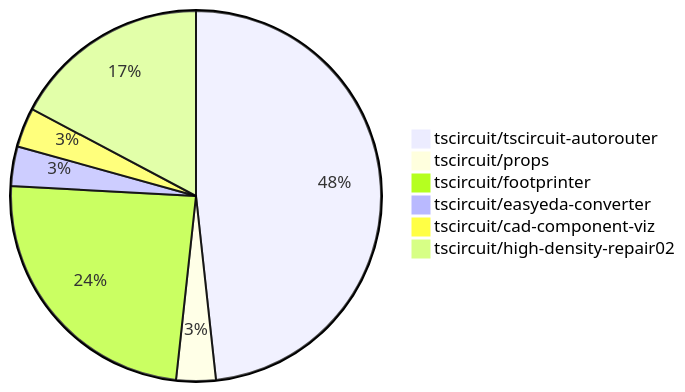
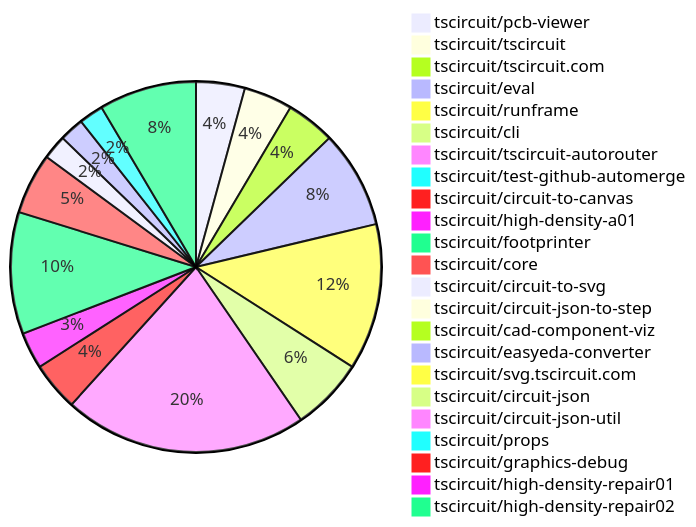
Before and after one commit to AnasSarkiz/contribution-tracker: the diagram in contribution-overviews/2026-04-07.md, drawn with Mermaid. The commit also changed other lines of this file and 3 other files, not shown here.

````diff
--- a/contribution-overviews/2026-04-07.md
+++ b/contribution-overviews/2026-04-07.md
@@ -12,9 +12,26 @@
 ```mermaid
 pie
-    "tscircuit/tscircuit-autorouter" : 14
-    "tscircuit/props" : 1
-    "tscircuit/footprinter" : 7
-    "tscircuit/easyeda-converter" : 1
+    "tscircuit/pcb-viewer" : 4
+    "tscircuit/tscircuit" : 4
+    "tscircuit/tscircuit.com" : 4
+    "tscircuit/eval" : 8
+    "tscircuit/runframe" : 12
+    "tscircuit/cli" : 6
+    "tscircuit/tscircuit-autorouter" : 20
+    "tscircuit/test-github-automerge" : 1
+    "tscircuit/circuit-to-canvas" : 4
+    "tscircuit/high-density-a01" : 3
+    "tscircuit/footprinter" : 10
+    "tscircuit/core" : 5
+    "tscircuit/circuit-to-svg" : 2
+    "tscircuit/circuit-json-to-step" : 1
     "tscircuit/cad-component-viz" : 1
-    "tscircuit/high-density-repair02" : 5
+    "tscircuit/easyeda-converter" : 2
+    "tscircuit/svg.tscircuit.com" : 1
+    "tscircuit/circuit-json" : 1
+    "tscircuit/circuit-json-util" : 1
+    "tscircuit/props" : 2
+    "tscircuit/graphics-debug" : 1
+    "tscircuit/high-density-repair01" : 1
+    "tscircuit/high-density-repair02" : 8
 ```
````
